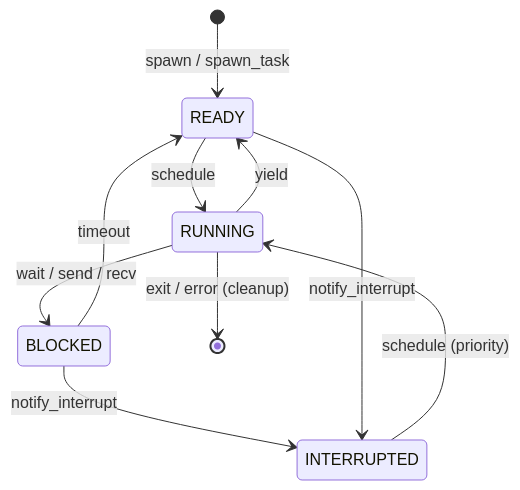
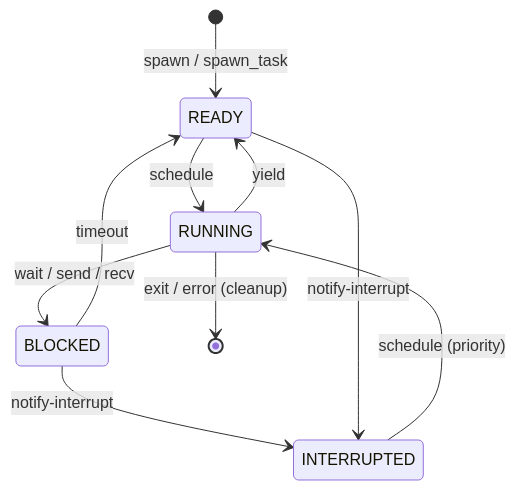
One commit to kmt-t/fireball changed the second of 2 diagrams in docs/components/os_scheduler.md. Above: the diagram before and after it, drawn with Mermaid. The commit also changed other lines of this file and 3 other files, not shown here.

````diff
--- a/docs/components/os_scheduler.md
+++ b/docs/components/os_scheduler.md
@@ -54,17 +54,17 @@
 ```mermaid
 stateDiagram-v2
     state "READY" as ready
     state "RUNNING" as running
     state "BLOCKED" as blocked
     state "INTERRUPTED" as interrupted
     
     [*] --> ready: spawn / spawn_task
     ready --> running: schedule
     running --> ready: yield
     running --> blocked: wait / send / recv
     blocked --> ready: timeout
-    blocked --> interrupted: notify_interrupt
-    ready --> interrupted: notify_interrupt
+    blocked --> interrupted: notify-interrupt
+    ready --> interrupted: notify-interrupt
     interrupted --> running: schedule (priority)
     running --> [*]: exit / error (cleanup)
 ```
````
